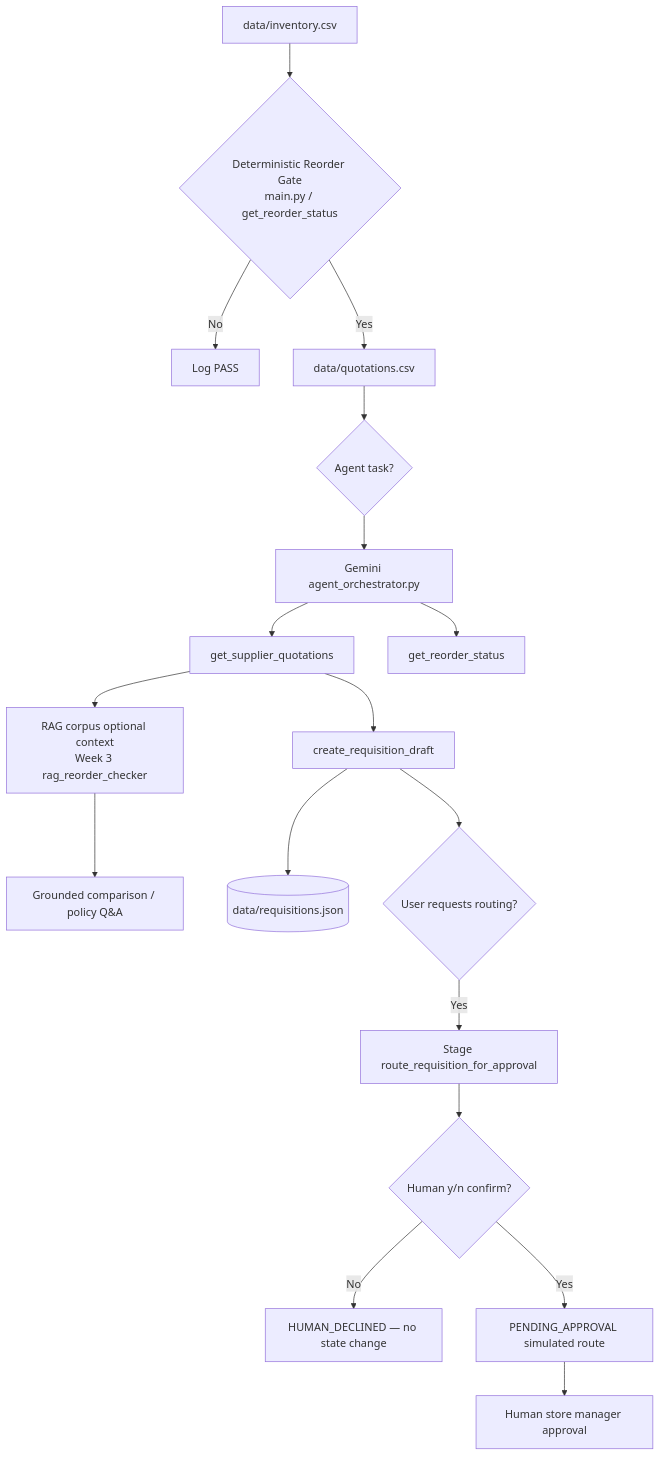
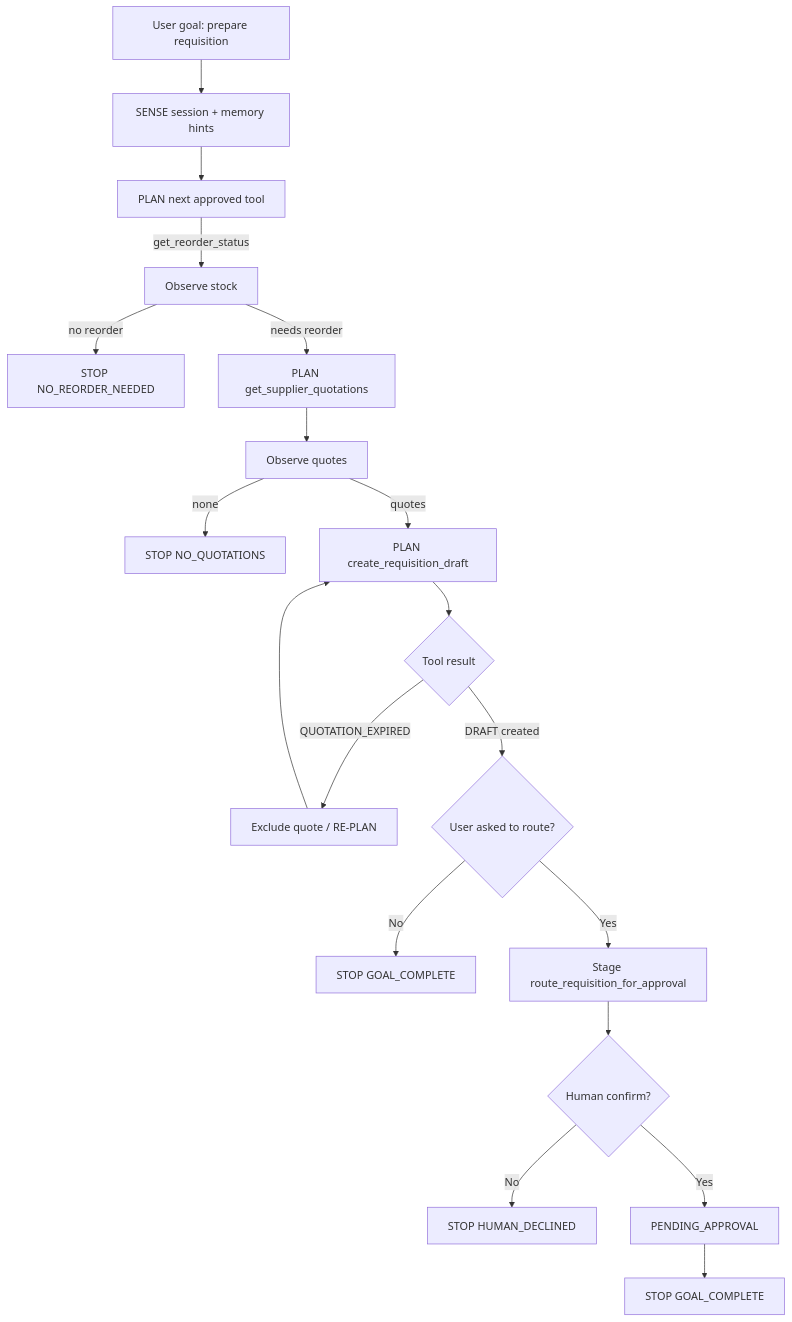
One commit to AINEMBABAZI-KIIZA-DAVIS/BSE4104_Capstone changed the diagram in docs/architecture/agent-architecture.md. Above: the diagram before and after it, drawn with Mermaid. The commit also changed other lines of this file and 52 other files, not shown here.

````diff
--- a/docs/architecture/agent-architecture.md
+++ b/docs/architecture/agent-architecture.md
@@ -11,20 +11,21 @@
 ```mermaid
 flowchart TD
-    A[data/inventory.csv] --> B{Deterministic Reorder Gate<br/>main.py / get_reorder_status}
-    B -->|No| C[Log PASS]
-    B -->|Yes| D[data/quotations.csv]
-    D --> E{Agent task?}
-    E --> F[Gemini agent_orchestrator.py]
-    F --> G[get_supplier_quotations]
-    F --> H[get_reorder_status]
-    G --> I[RAG corpus optional context<br/>Week 3 rag_reorder_checker]
-    I --> J[Grounded comparison / policy Q&A]
-    G --> K[create_requisition_draft]
-    K --> L[(data/requisitions.json)]
-    K --> M{User requests routing?}
-    M -->|Yes| N[Stage route_requisition_for_approval]
-    N --> O{Human y/n confirm?}
-    O -->|No| P[HUMAN_DECLINED — no state change]
-    O -->|Yes| Q[PENDING_APPROVAL simulated route]
-    Q --> R[Human store manager approval]
+    A[User goal: prepare requisition] --> B[SENSE session + memory hints]
+    B --> C[PLAN next approved tool]
+    C -->|get_reorder_status| D[Observe stock]
+    D -->|no reorder| E[STOP NO_REORDER_NEEDED]
+    D -->|needs reorder| F[PLAN get_supplier_quotations]
+    F --> G[Observe quotes]
+    G -->|none| H[STOP NO_QUOTATIONS]
+    G -->|quotes| I[PLAN create_requisition_draft]
+    I --> J{Tool result}
+    J -->|QUOTATION_EXPIRED| K[Exclude quote / RE-PLAN]
+    K --> I
+    J -->|DRAFT created| L{User asked to route?}
+    L -->|No| M[STOP GOAL_COMPLETE]
+    L -->|Yes| N[Stage route_requisition_for_approval]
+    N --> O{Human confirm?}
+    O -->|No| P[STOP HUMAN_DECLINED]
+    O -->|Yes| Q[PENDING_APPROVAL]
+    Q --> R[STOP GOAL_COMPLETE]
 ```
````
